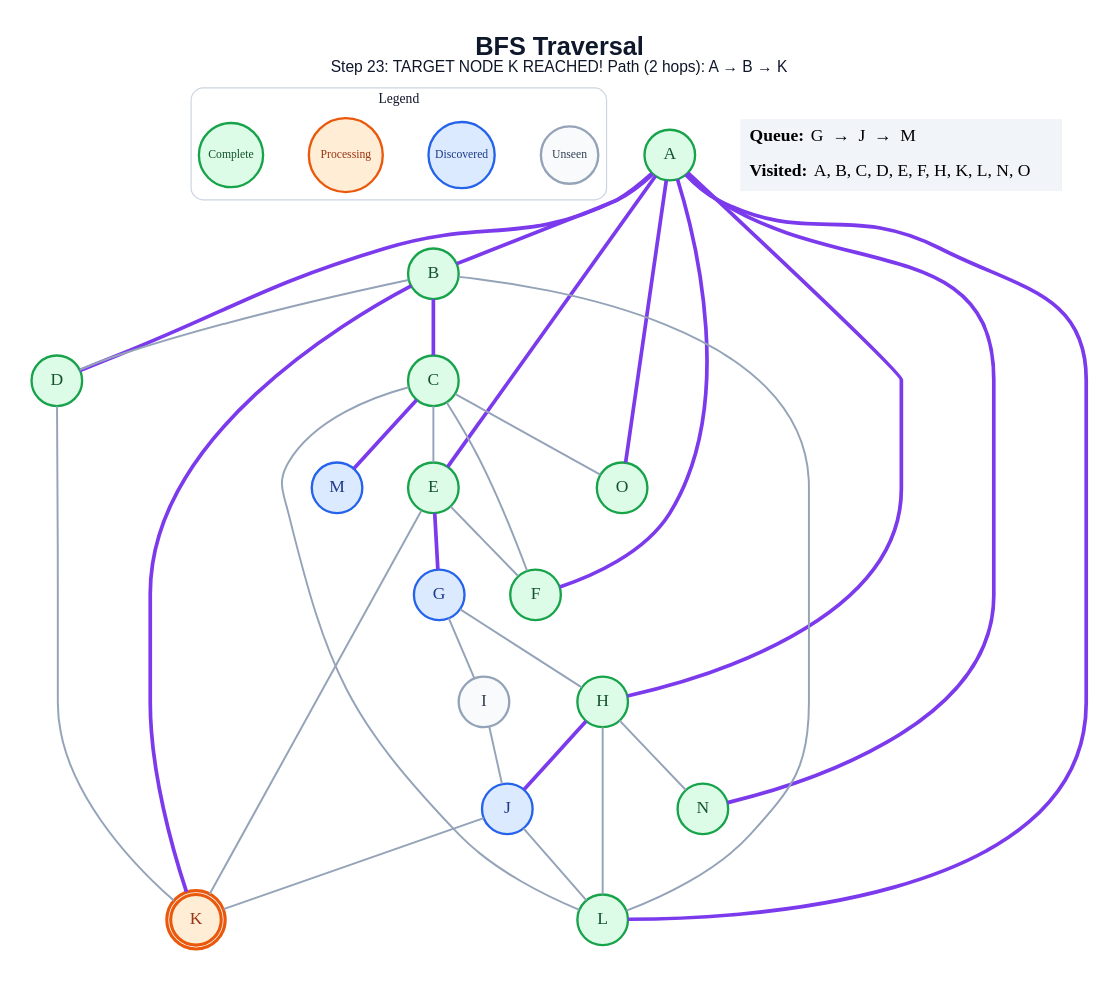
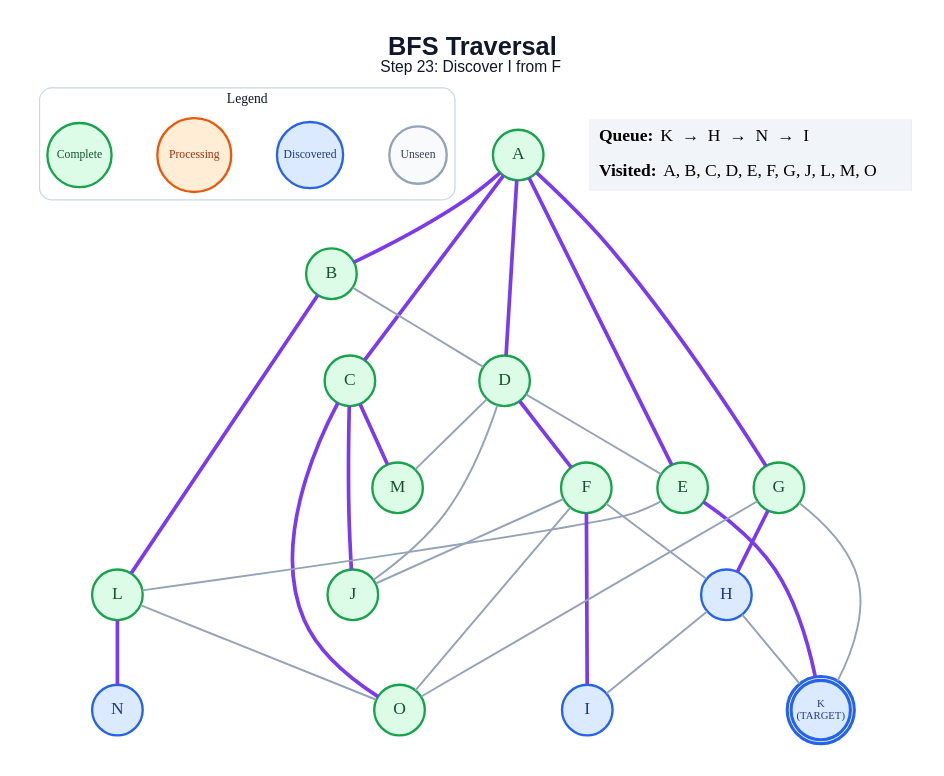
Before and after one commit to anon7238593-create/ai-slop: the diagram in generated/specific-node/bfs/step_23.dot, drawn with Graphviz. The commit also changed 238 other files, not shown here.

```diff
--- a/generated/specific-node/bfs/step_23.dot
+++ b/generated/specific-node/bfs/step_23.dot
@@ -1,63 +1,61 @@
 graph traversal {
   graph [layout=dot, rankdir=TB, bgcolor="#FFFFFF", pad="0.35", nodesep="0.65", ranksep="0.8", fontname="Arial"];
   node [shape=circle, style="filled", fontname="Arial Bold", fontsize=18, width=0.72, fixedsize=true, penwidth=2.4];
   edge [color="#94A3B8", penwidth=2.0];
-  label=<<B>BFS Traversal</B><BR/><FONT POINT-SIZE="16">Step 23: TARGET NODE K REACHED! Path (2 hops): A → B → K</FONT>>; labelloc="t"; fontsize=26; fontname="Arial"; fontcolor="#0F172A";
+  label=<<B>BFS Traversal</B><BR/><FONT POINT-SIZE="16">Step 23: Discover I from F</FONT>>; labelloc="t"; fontsize=26; fontname="Arial"; fontcolor="#0F172A";
   subgraph cluster_legend { label="Legend"; color="#CBD5E1"; penwidth=1.2; style="rounded"; fontsize=14; fontname="Arial Bold";
     key_unseen [label="Unseen", fillcolor="#F8FAFC", color="#94A3B8", fontcolor="#334155", fontsize=12, width=0.82];
     key_frontier [label="Discovered", fillcolor="#DBEAFE", color="#2563EB", fontcolor="#1E3A8A", fontsize=12, width=0.95];
     key_current [label="Processing", fillcolor="#FFEDD5", color="#EA580C", fontcolor="#9A3412", fontsize=12, width=1.05];
     key_done [label="Complete", fillcolor="#DCFCE7", color="#16A34A", fontcolor="#14532D", fontsize=12, width=0.92];
     { rank=same; key_unseen; key_frontier; key_current; key_done; }
   }
   A [label="A", fillcolor="#DCFCE7", color="#16A34A", fontcolor="#14532D", peripheries=1, penwidth=2.4];
   B [label="B", fillcolor="#DCFCE7", color="#16A34A", fontcolor="#14532D", peripheries=1, penwidth=2.4];
   C [label="C", fillcolor="#DCFCE7", color="#16A34A", fontcolor="#14532D", peripheries=1, penwidth=2.4];
   D [label="D", fillcolor="#DCFCE7", color="#16A34A", fontcolor="#14532D", peripheries=1, penwidth=2.4];
   E [label="E", fillcolor="#DCFCE7", color="#16A34A", fontcolor="#14532D", peripheries=1, penwidth=2.4];
   F [label="F", fillcolor="#DCFCE7", color="#16A34A", fontcolor="#14532D", peripheries=1, penwidth=2.4];
-  G [label="G", fillcolor="#DBEAFE", color="#2563EB", fontcolor="#1E3A8A", peripheries=1, penwidth=2.4];
-  H [label="H", fillcolor="#DCFCE7", color="#16A34A", fontcolor="#14532D", peripheries=1, penwidth=2.4];
-  I [label="I", fillcolor="#F8FAFC", color="#94A3B8", fontcolor="#334155", peripheries=1, penwidth=2.4];
-  J [label="J", fillcolor="#DBEAFE", color="#2563EB", fontcolor="#1E3A8A", peripheries=1, penwidth=2.4];
-  K [label="K", fillcolor="#FFEDD5", color="#EA580C", fontcolor="#9A3412", peripheries=2, penwidth=3.2];
+  G [label="G", fillcolor="#DCFCE7", color="#16A34A", fontcolor="#14532D", peripheries=1, penwidth=2.4];
+  H [label="H", fillcolor="#DBEAFE", color="#2563EB", fontcolor="#1E3A8A", peripheries=1, penwidth=2.4];
+  I [label="I", fillcolor="#DBEAFE", color="#2563EB", fontcolor="#1E3A8A", peripheries=1, penwidth=2.4];
+  J [label="J", fillcolor="#DCFCE7", color="#16A34A", fontcolor="#14532D", peripheries=1, penwidth=2.4];
+  K [label="K\n(TARGET)", fillcolor="#DBEAFE", color="#2563EB", fontcolor="#1E3A8A", peripheries=2, penwidth=3.2, fontsize=11, width=0.85, height=0.85];
   L [label="L", fillcolor="#DCFCE7", color="#16A34A", fontcolor="#14532D", peripheries=1, penwidth=2.4];
-  M [label="M", fillcolor="#DBEAFE", color="#2563EB", fontcolor="#1E3A8A", peripheries=1, penwidth=2.4];
-  N [label="N", fillcolor="#DCFCE7", color="#16A34A", fontcolor="#14532D", peripheries=1, penwidth=2.4];
+  M [label="M", fillcolor="#DCFCE7", color="#16A34A", fontcolor="#14532D", peripheries=1, penwidth=2.4];
+  N [label="N", fillcolor="#DBEAFE", color="#2563EB", fontcolor="#1E3A8A", peripheries=1, penwidth=2.4];
   O [label="O", fillcolor="#DCFCE7", color="#16A34A", fontcolor="#14532D", peripheries=1, penwidth=2.4];
   A -- B [color="#7C3AED", penwidth=3.8];
+  A -- C [color="#7C3AED", penwidth=3.8];
   A -- D [color="#7C3AED", penwidth=3.8];
   A -- E [color="#7C3AED", penwidth=3.8];
-  A -- F [color="#7C3AED", penwidth=3.8];
-  A -- H [color="#7C3AED", penwidth=3.8];
-  A -- L [color="#7C3AED", penwidth=3.8];
-  A -- N [color="#7C3AED", penwidth=3.8];
-  A -- O [color="#7C3AED", penwidth=3.8];
-  B -- C [color="#7C3AED", penwidth=3.8];
+  A -- G [color="#7C3AED", penwidth=3.8];
   B -- D;
-  B -- K [color="#7C3AED", penwidth=3.8];
-  B -- L;
-  C -- E;
-  C -- F;
-  C -- L;
+  B -- L [color="#7C3AED", penwidth=3.8];
+  C -- J [color="#7C3AED", penwidth=3.8];
   C -- M [color="#7C3AED", penwidth=3.8];
-  C -- O;
-  D -- K;
-  E -- F;
-  E -- G [color="#7C3AED", penwidth=3.8];
-  E -- K;
-  G -- H;
-  G -- I;
-  H -- J [color="#7C3AED", penwidth=3.8];
-  H -- L;
-  H -- N;
-  I -- J;
-  J -- K;
-  J -- L;
+  C -- O [color="#7C3AED", penwidth=3.8];
+  D -- E;
+  D -- F [color="#7C3AED", penwidth=3.8];
+  D -- J;
+  D -- M;
+  E -- K [color="#7C3AED", penwidth=3.8];
+  E -- L;
+  F -- H;
+  F -- I [color="#7C3AED", penwidth=3.8];
+  F -- J;
+  F -- O;
+  G -- H [color="#7C3AED", penwidth=3.8];
+  G -- K;
+  G -- O;
+  H -- I;
+  H -- K;
+  L -- N [color="#7C3AED", penwidth=3.8];
+  L -- O;
   status [shape=plain, fixedsize=false, width=0, height=0, margin=0, label=<
     <TABLE BORDER="0" CELLBORDER="0" CELLPADDING="7" BGCOLOR="#F1F5F9">
-      <TR><TD ALIGN="LEFT"><B>Queue:</B> G  →  J  →  M</TD></TR>
-      <TR><TD ALIGN="LEFT"><B>Visited:</B> A, B, C, D, E, F, H, K, L, N, O</TD></TR>
+      <TR><TD ALIGN="LEFT"><B>Queue:</B> K  →  H  →  N  →  I</TD></TR>
+      <TR><TD ALIGN="LEFT"><B>Visited:</B> A, B, C, D, E, F, G, J, L, M, O</TD></TR>
     </TABLE>
   >];
 }
```
